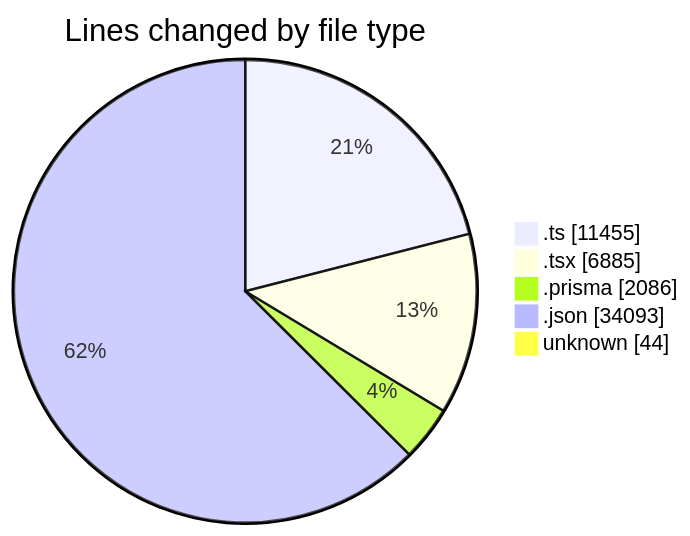
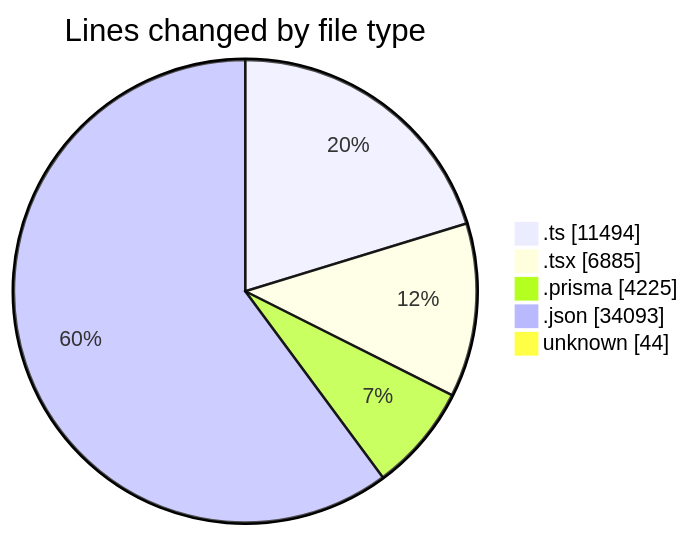
One commit to CELIANVF/code-tracking changed the first of 2 diagrams in 2025-05-19/ecodeli-1/README.md. Above: the diagram before and after it, drawn with Mermaid. The commit also changed other lines of this file and 1 other file, not shown here.

````diff
--- a/2025-05-19/ecodeli-1/README.md
+++ b/2025-05-19/ecodeli-1/README.md
@@ -73,9 +77,9 @@
 ```mermaid
 pie showData
 title Lines changed by file type
-".ts" : 11455
+".ts" : 11494
 ".tsx" : 6885
-".prisma" : 2086
+".prisma" : 4225
 ".json" : 34093
 "unknown" : 44
 ```
````
